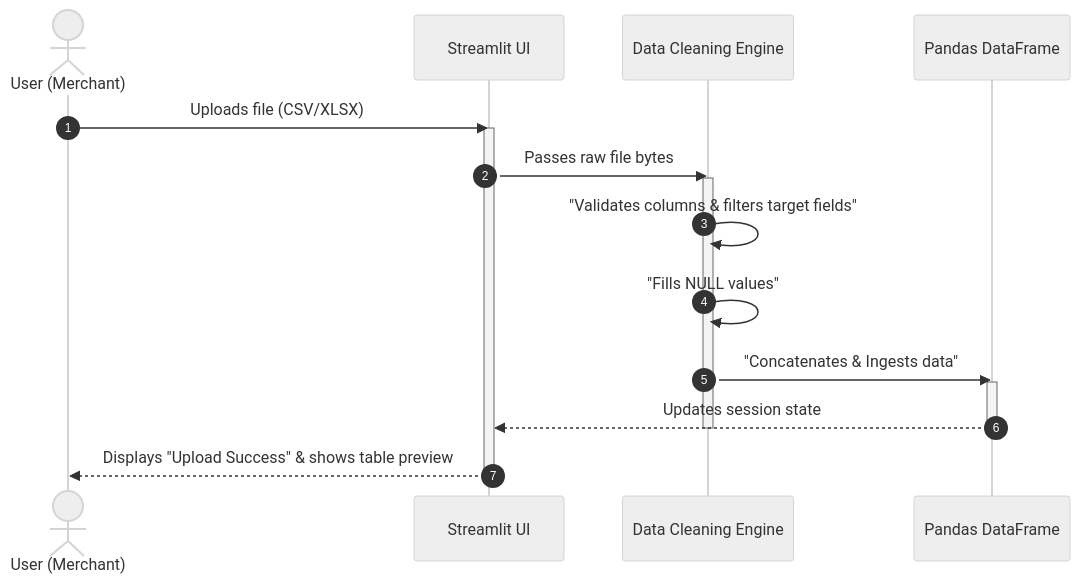
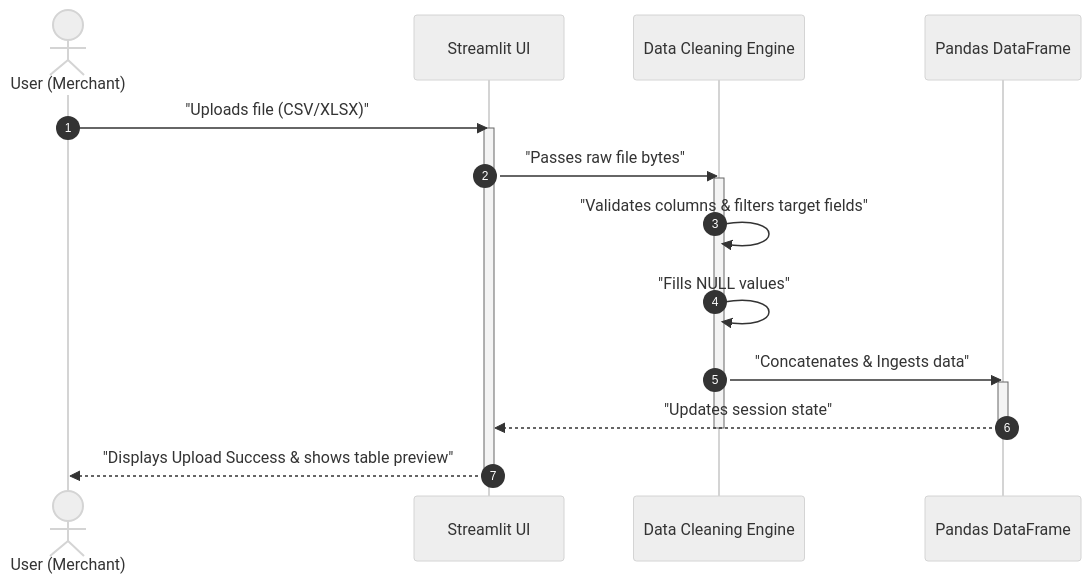
Before and after one commit to Waranon-lim/rag-business: the first of 2 diagrams in PRD.md, drawn with Mermaid. The commit also changed other lines of this file and 1 other file, not shown here.

Commit message:
docs: update PRD

````diff
--- a/PRD.md
+++ b/PRD.md
@@ -52,23 +54,24 @@
 ```mermaid
 %%{init: {'theme': 'neutral' }}%%
 sequenceDiagram
     autonumber
     actor User as User (Merchant)
     participant UI as Streamlit UI
     participant Backend as Data Cleaning Engine
     participant DF as Pandas DataFrame
 
-    User->>UI: Uploads file (CSV/XLSX)
+    User->>UI: "Uploads file (CSV/XLSX)"
     activate UI
-    UI->>Backend: Passes raw file bytes
+    UI->>Backend: "Passes raw file bytes"
     activate Backend
     Backend->>Backend: "Validates columns & filters target fields"
     Backend->>Backend: "Fills NULL values"
     Backend->>DF: "Concatenates & Ingests data"
     activate DF
-    DF-->>UI: Updates session state
+    DF-->>UI: "Updates session state"
     deactivate DF
     deactivate Backend
-    UI-->>User: Displays "Upload Success" & shows table preview
+    UI-->>User: "Displays Upload Success & shows table preview"
     deactivate UI
-```
+
+  ```
````
